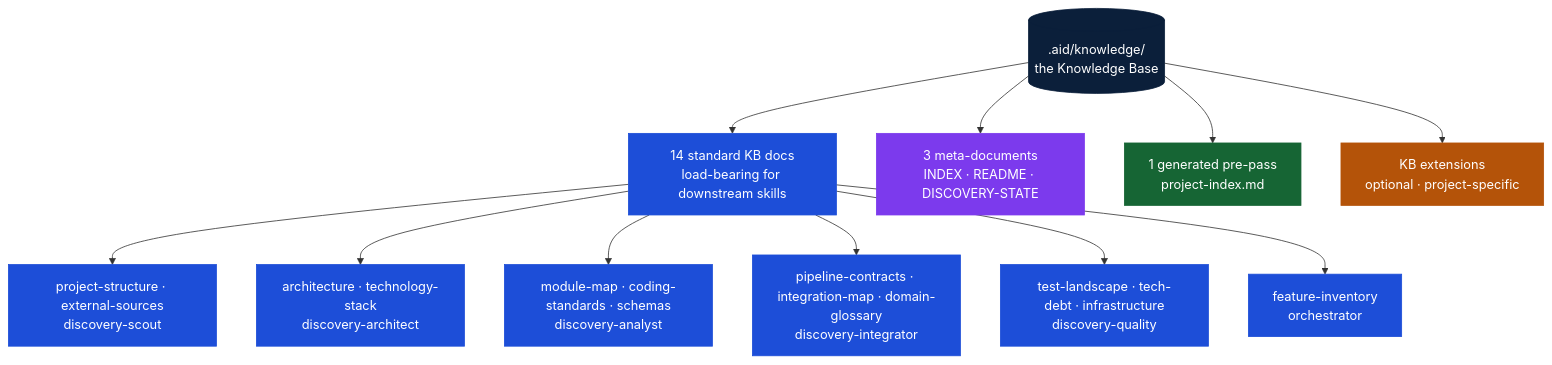
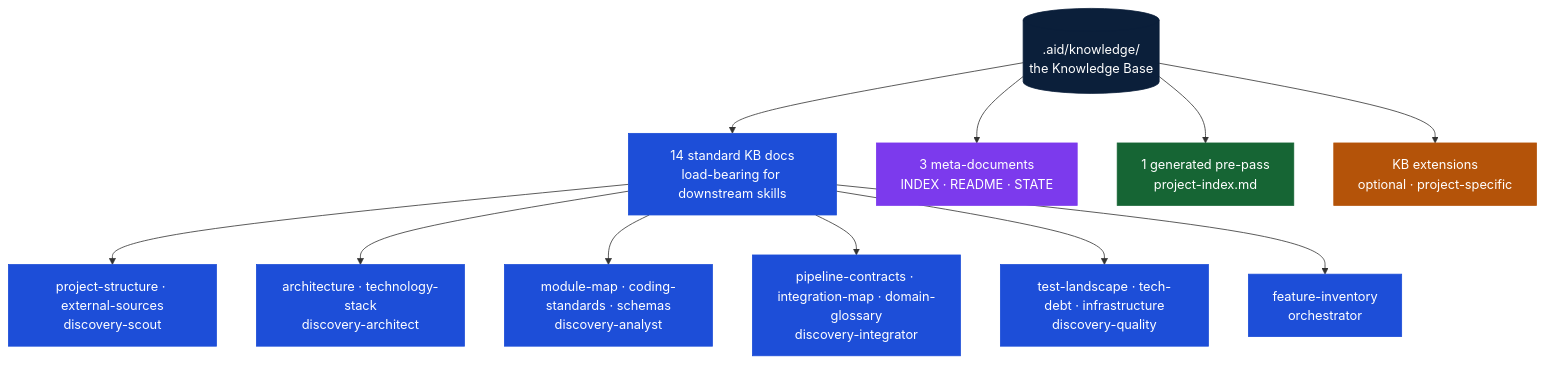
Before and after one commit to AndreVianna/aid-methodology: the second of 5 diagrams in README.md, drawn with Mermaid. The commit also changed other lines of this file and 26 other files, not shown here.

````diff
--- a/README.md
+++ b/README.md
@@ -120,27 +138,27 @@
 ```mermaid
 graph TD
     classDef center fill:#0B1F3A,stroke:#0B1F3A,color:#ffffff
     classDef std fill:#1D4ED8,stroke:#1D4ED8,color:#ffffff
     classDef meta fill:#7C3AED,stroke:#7C3AED,color:#ffffff
     classDef gen fill:#166534,stroke:#166534,color:#ffffff
     classDef ext fill:#B45309,stroke:#B45309,color:#ffffff
 
     KB[(".aid/knowledge/<br/>the Knowledge Base")]:::center
 
     Standard["14 standard KB docs<br/>load-bearing for downstream skills"]:::std
-    Meta["3 meta-documents<br/>INDEX · README · DISCOVERY-STATE"]:::meta
+    Meta["3 meta-documents<br/>INDEX · README · STATE"]:::meta
     Gen["1 generated pre-pass<br/>project-index.md"]:::gen
     Ext["KB extensions<br/>optional · project-specific"]:::ext
 
     KB --> Standard
     KB --> Meta
     KB --> Gen
     KB --> Ext
 
     Standard --> S1["project-structure · external-sources<br/>discovery-scout"]:::std
     Standard --> S2["architecture · technology-stack<br/>discovery-architect"]:::std
     Standard --> S3["module-map · coding-standards · schemas<br/>discovery-analyst"]:::std
     Standard --> S4["pipeline-contracts · integration-map · domain-glossary<br/>discovery-integrator"]:::std
     Standard --> S5["test-landscape · tech-debt · infrastructure<br/>discovery-quality"]:::std
     Standard --> S6["feature-inventory<br/>orchestrator"]:::std
 ```
````
